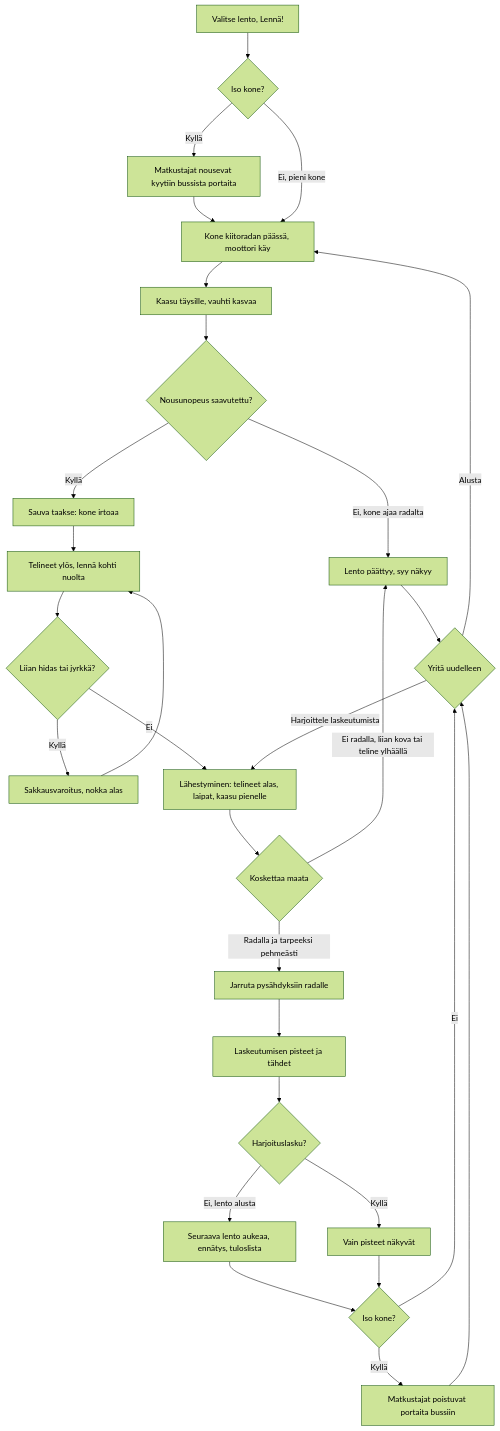
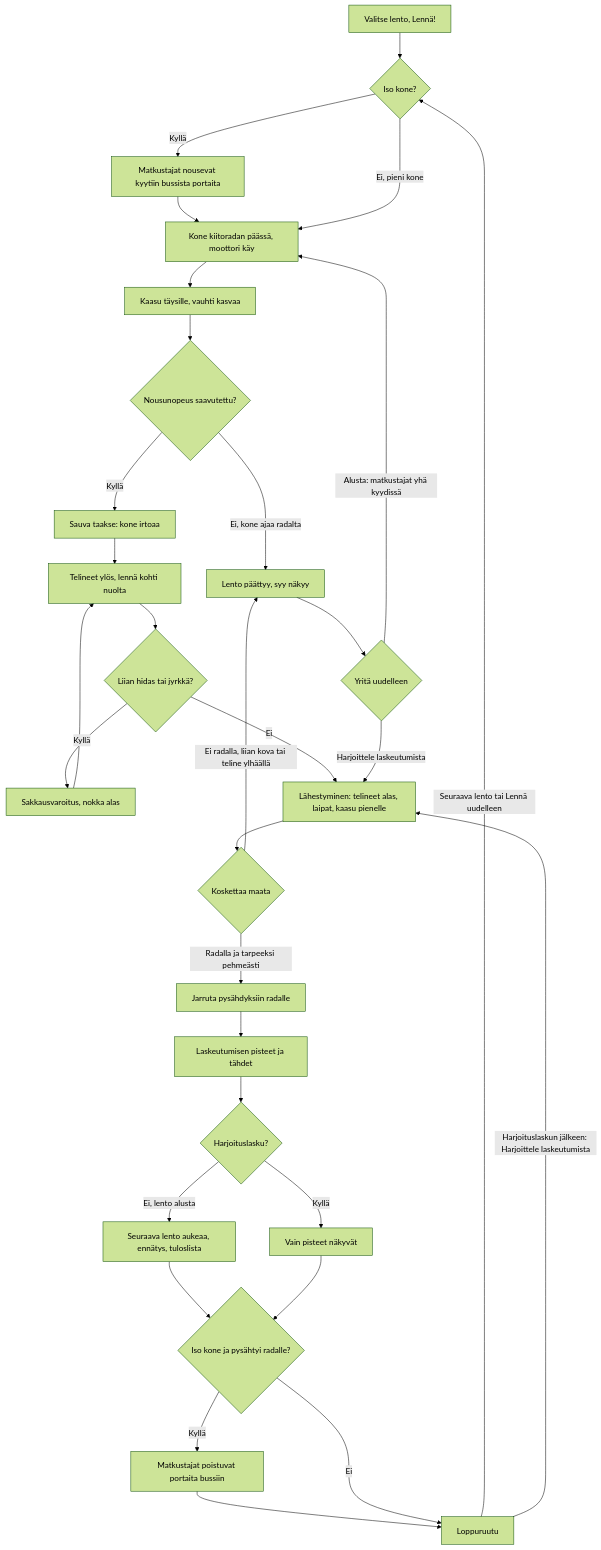
One commit to eerovil/ai-pelit changed the diagram in docs/diagrams/lentokone.md. Above: the diagram before and after it, drawn with Mermaid (forest theme). The commit also changed other lines of this file, not shown here.

Commit message:
Lentokone v2 diagram: a new flight after a landing boards again; Alusta after a crash keeps them aboard (#547)
Also fixes the boarding box, which named "Lennä uudelleen" among the retries that skip boarding:
that button shows only after a landing, which boards again.

````diff
--- a/docs/diagrams/lentokone.md
+++ b/docs/diagrams/lentokone.md
@@ -9,35 +9,37 @@
 ```mermaid
 flowchart TD
   A[Valitse lento, Lennä!] --> Q{Iso kone?}
   Q -- Kyllä --> R[Matkustajat nousevat kyytiin bussista portaita]
   R --> B[Kone kiitoradan päässä, moottori käy]
   Q -- Ei, pieni kone --> B
   B --> C[Kaasu täysille, vauhti kasvaa]
   C --> D{Nousunopeus saavutettu?}
   D -- Ei, kone ajaa radalta --> X[Lento päättyy, syy näkyy]
   D -- Kyllä --> E[Sauva taakse: kone irtoaa]
   E --> F[Telineet ylös, lennä kohti nuolta]
   F --> G{Liian hidas tai jyrkkä?}
   G -- Kyllä --> H[Sakkausvaroitus, nokka alas]
   H --> F
   G -- Ei --> I[Lähestyminen: telineet alas, laipat, kaasu pienelle]
   I --> J{Koskettaa maata}
   J -- Ei radalla, liian kova tai teline ylhäällä --> X
   J -- Radalla ja tarpeeksi pehmeästi --> K[Jarruta pysähdyksiin radalle]
   K --> L[Laskeutumisen pisteet ja tähdet]
   L --> O{Harjoituslasku?}
   O -- Ei, lento alusta --> M[Seuraava lento aukeaa, ennätys, tuloslista]
   O -- Kyllä --> P[Vain pisteet näkyvät]
-  M --> S{Iso kone?}
+  M --> S{Iso kone ja pysähtyi radalle?}
   P --> S
   S -- Kyllä --> T[Matkustajat poistuvat portaita bussiin]
-  T --> N
-  S -- Ei --> N
+  T --> V[Loppuruutu]
+  S -- Ei --> V
+  V -- Seuraava lento tai Lennä uudelleen --> Q
+  V -- Harjoituslaskun jälkeen: Harjoittele laskeutumista --> I
   X --> N{Yritä uudelleen}
-  N -- Alusta --> B
+  N -- Alusta: matkustajat yhä kyydissä --> B
   N -- Harjoittele laskeutumista --> I
-  class A,B,C,E,F,I,K,R,T blue
+  class A,B,C,E,F,I,K,R,T,V blue
   class D,G,J,N,O,Q,S amber
   class H,X rose
   class L,M,P green
 ```
````
